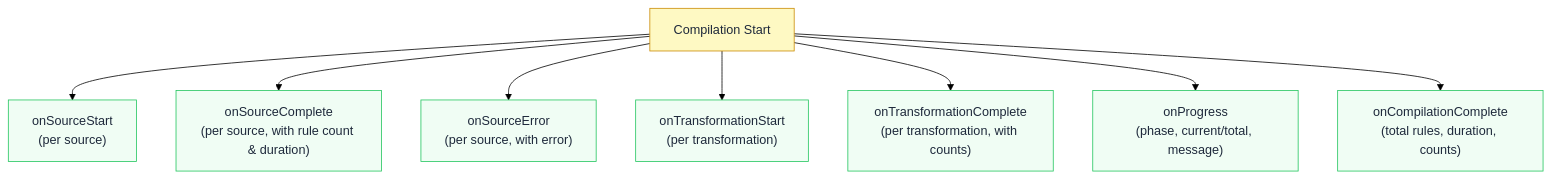
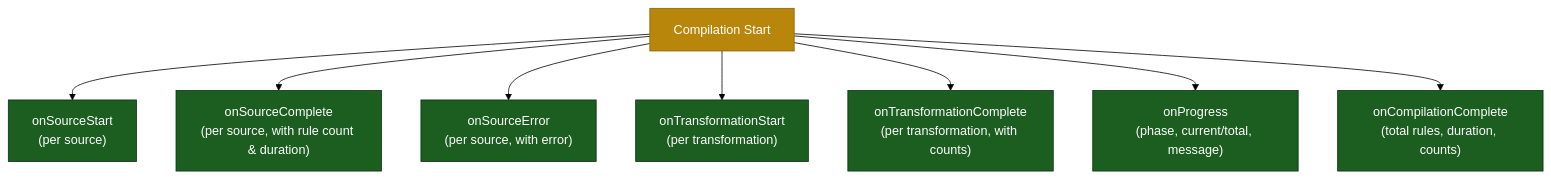
Diagram 15 of 19 in docs/development/ARCHITECTURE.md (jaypatrick/adblock-compiler), drawn with Mermaid (forest theme) before and after one commit. The commit also changed other lines of this file and 6 other files, not shown here.

First line of the commit message:
fix: Mermaid diagram errors, dark theme compatibility, and mdhelp scroll reset (#1540)

````diff
--- a/docs/development/ARCHITECTURE.md
+++ b/docs/development/ARCHITECTURE.md
@@ -727,13 +727,13 @@
 ```mermaid
 flowchart TD
-    classDef event fill:#fef9c3,stroke:#ca8a04,color:#1e293b
-    classDef hook fill:#f0fdf4,stroke:#22c55e,color:#1e293b
+    classDef event fill:#b8860b,stroke:#8a6208,color:#fff
+    classDef hook fill:#1b5e20,stroke:#0a3010,color:#fff
     CS["Compilation Start"]:::event
     CS --> OSS["onSourceStart\n(per source)"]:::hook
     CS --> OSC["onSourceComplete\n(per source, with rule count & duration)"]:::hook
     CS --> OSE["onSourceError\n(per source, with error)"]:::hook
     CS --> OTS["onTransformationStart\n(per transformation)"]:::hook
     CS --> OTC["onTransformationComplete\n(per transformation, with counts)"]:::hook
     CS --> OP["onProgress\n(phase, current/total, message)"]:::hook
     CS --> OCC["onCompilationComplete\n(total rules, duration, counts)"]:::hook
 ```
````
